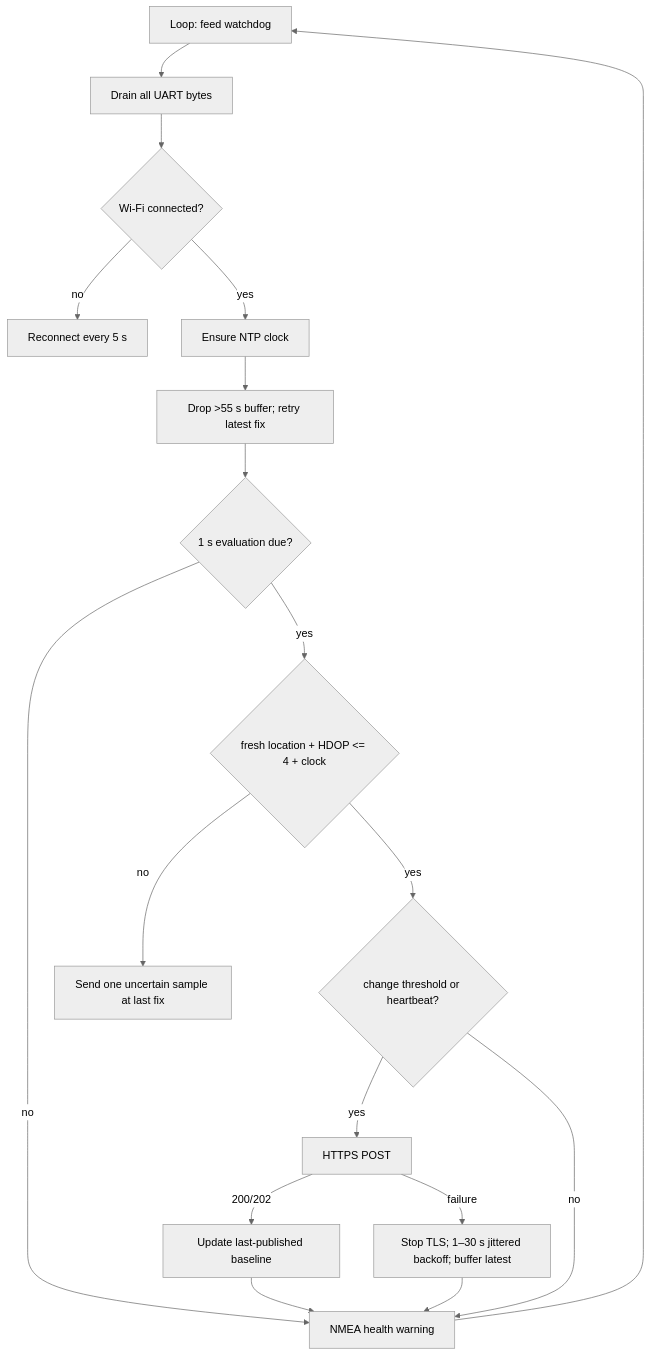
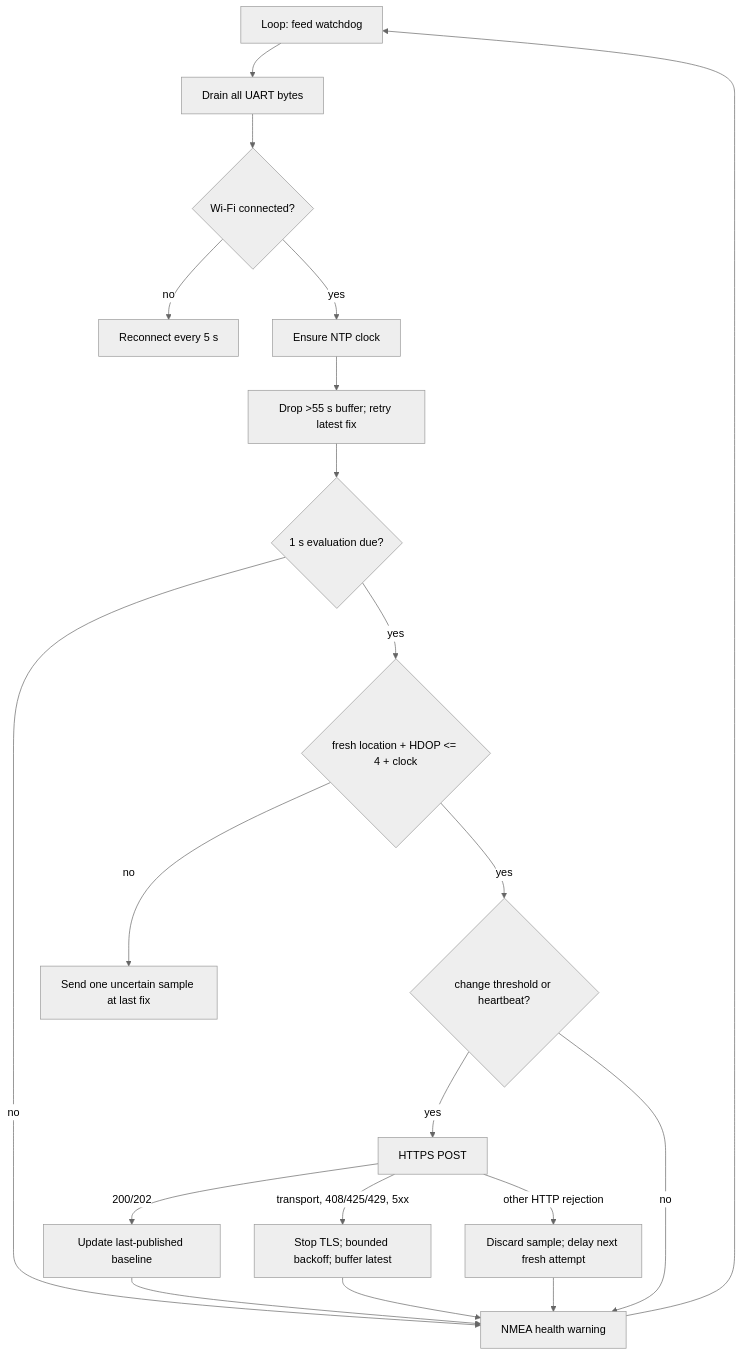
The diagram in docs/hardware/HARDWARE_TELEMETRY.md (notnamansinha/Eki), drawn with Mermaid (neutral theme) before and after one commit. The commit also changed 3 other files, not shown here.

````diff
--- a/docs/hardware/HARDWARE_TELEMETRY.md
+++ b/docs/hardware/HARDWARE_TELEMETRY.md
@@ -24,20 +24,22 @@
 ```mermaid
 flowchart TD
   LOOP["Loop: feed watchdog"] --> UART["Drain all UART bytes"]
   UART --> WIFI{"Wi-Fi connected?"}
   WIFI -->|no| RECONNECT["Reconnect every 5 s"]
   WIFI -->|yes| NTP["Ensure NTP clock"]
   NTP --> BUFFER["Drop >55 s buffer; retry latest fix"]
   BUFFER --> EVAL{"1 s evaluation due?"}
   EVAL -->|no| WARN["NMEA health warning"]
   EVAL -->|yes| QUALITY{"fresh location + HDOP <= 4 + clock"}
   QUALITY -->|no| LOST["Send one uncertain sample at last fix"]
   QUALITY -->|yes| GATE{"change threshold or heartbeat?"}
   GATE -->|yes| POST["HTTPS POST"]
   GATE -->|no| WARN
   POST -->|200/202| SAVE["Update last-published baseline"]
-  POST -->|failure| BACKOFF["Stop TLS; 1–30 s jittered backoff; buffer latest"]
+  POST -->|"transport, 408/425/429, 5xx"| BACKOFF["Stop TLS; bounded backoff; buffer latest"]
+  POST -->|"other HTTP rejection"| DROP["Discard sample; delay next fresh attempt"]
   SAVE --> WARN
   BACKOFF --> WARN
+  DROP --> WARN
   WARN --> LOOP
 ```
````
